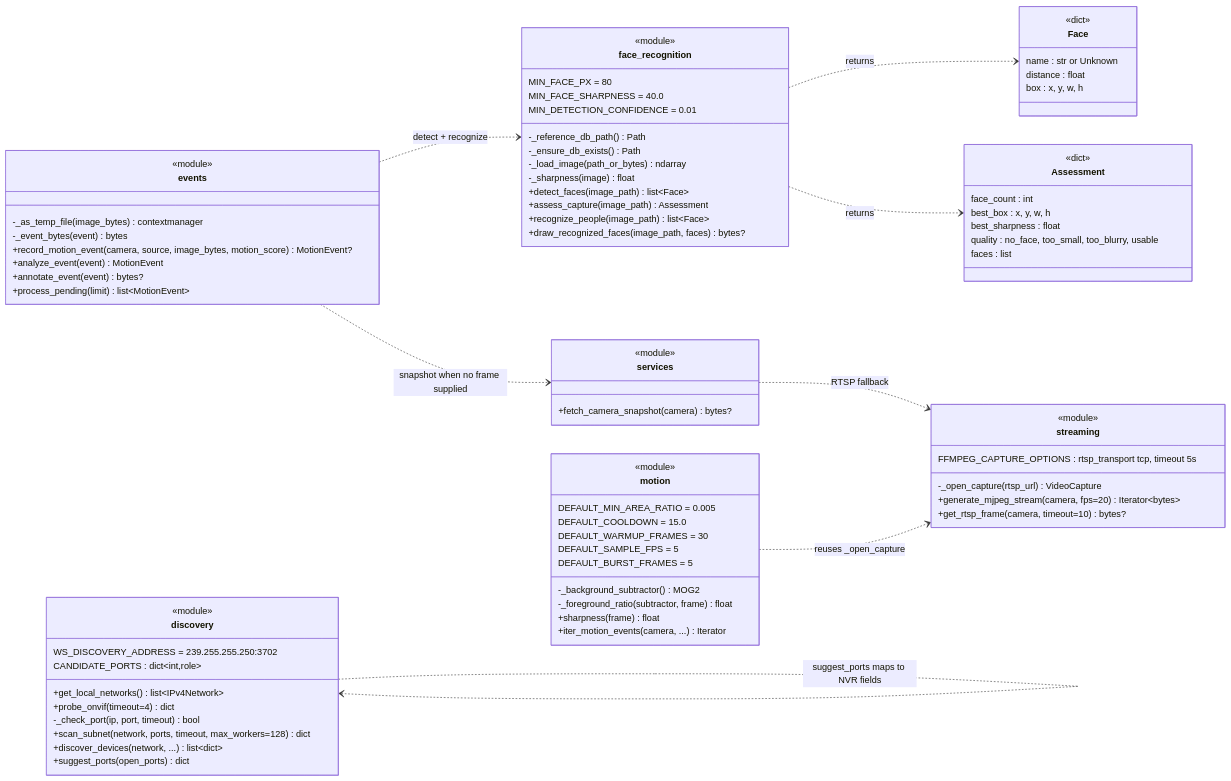
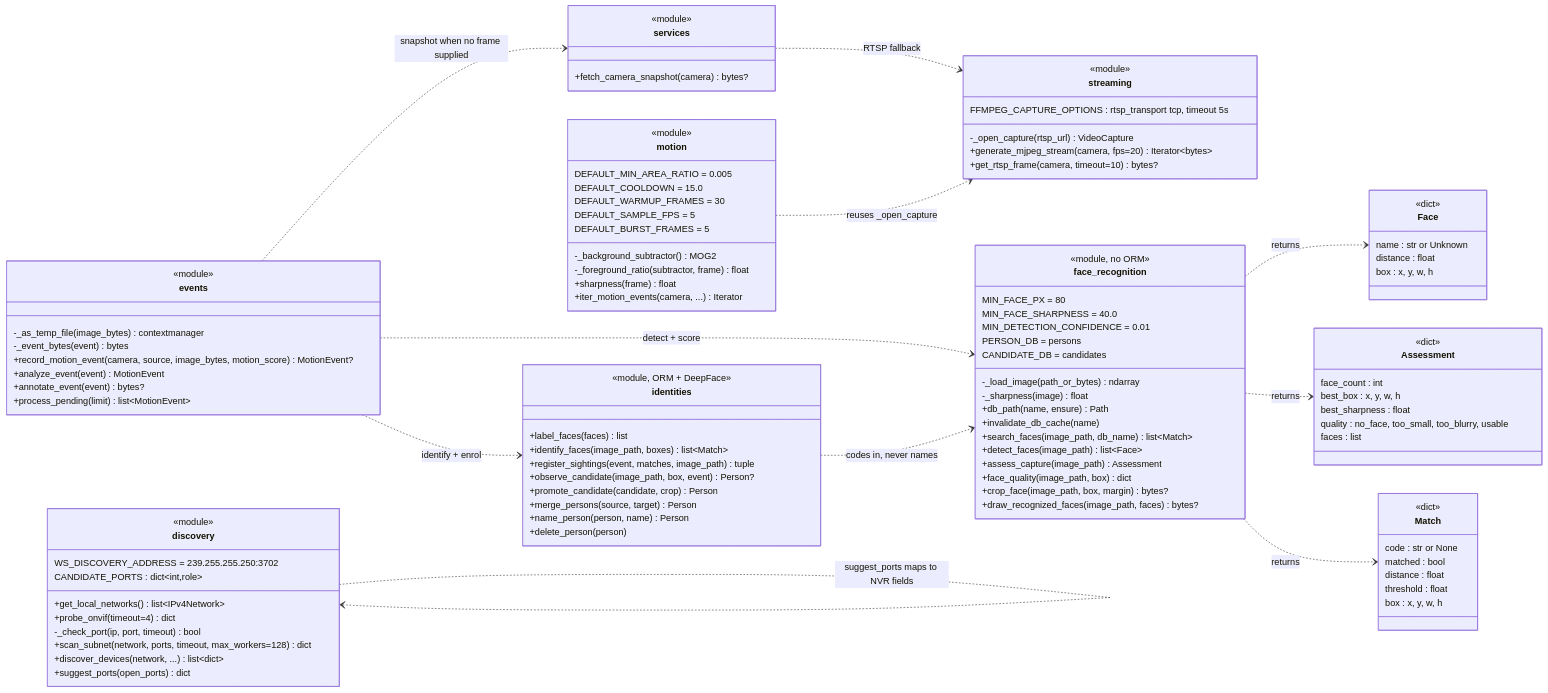
One commit to KeythKazumi/ride-security changed the tenth of 10 diagrams in docs/architecture.md. Above: the diagram before and after it, drawn with Mermaid. The commit also changed other lines of this file and 35 other files, not shown here.

Commit message:
Fix the person candidates logs

````diff
--- a/docs/architecture.md
+++ b/docs/architecture.md
@@ -643,18 +807,43 @@
     }
 
     class face_recognition {
-        <<module>>
+        <<module, no ORM>>
         MIN_FACE_PX = 80
         MIN_FACE_SHARPNESS = 40.0
         MIN_DETECTION_CONFIDENCE = 0.01
-        -_reference_db_path() Path
-        -_ensure_db_exists() Path
+        PERSON_DB = persons
+        CANDIDATE_DB = candidates
         -_load_image(path_or_bytes) ndarray
         -_sharpness(image) float
+        +db_path(name, ensure) Path
+        +invalidate_db_cache(name)
+        +search_faces(image_path, db_name) list~Match~
         +detect_faces(image_path) list~Face~
         +assess_capture(image_path) Assessment
-        +recognize_people(image_path) list~Face~
+        +face_quality(image_path, box) dict
+        +crop_face(image_path, box, margin) bytes?
         +draw_recognized_faces(image_path, faces) bytes?
+    }
+
+    class identities {
+        <<module, ORM + DeepFace>>
+        +label_faces(faces) list
+        +identify_faces(image_path, boxes) list~Match~
+        +register_sightings(event, matches, image_path) tuple
+        +observe_candidate(image_path, box, event) Person?
+        +promote_candidate(candidate, crop) Person
+        +merge_persons(source, target) Person
+        +name_person(person, name) Person
+        +delete_person(person)
+    }
+
+    class Match {
+        <<dict>>
+        code : str or None
+        matched : bool
+        distance : float
+        threshold : float
+        box : x, y, w, h
     }
 
     class motion {
@@ -711,8 +900,11 @@
     services ..> streaming : RTSP fallback
     face_recognition ..> Face : returns
     face_recognition ..> Assessment : returns
+    face_recognition ..> Match : returns
     motion ..> streaming : reuses _open_capture
-    events ..> face_recognition : detect + recognize
+    events ..> face_recognition : detect + score
+    events ..> identities : identify + enrol
     events ..> services : snapshot when no frame supplied
+    identities ..> face_recognition : codes in, never names
     discovery ..> discovery : suggest_ports maps to NVR fields
 ```
````
